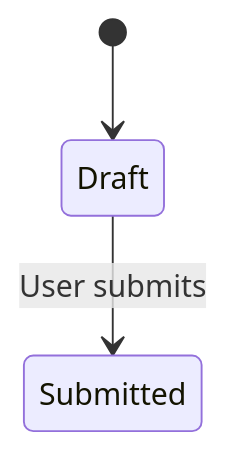
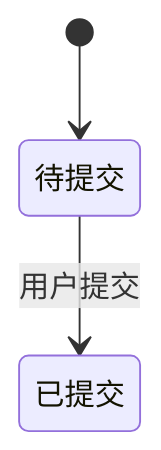
One commit to fantasydl/prd-writing-skill changed the second of 2 diagrams in trae/writing-and-reviewing-prds/references/prd-template.md. Above: the diagram before and after it, drawn with Mermaid. The commit also changed other lines of this file and 3 other files, not shown here.

````diff
--- a/trae/writing-and-reviewing-prds/references/prd-template.md
+++ b/trae/writing-and-reviewing-prds/references/prd-template.md
@@ -154,5 +100,5 @@
 ```mermaid
 stateDiagram-v2
-    [*] --> Draft
-    Draft --> Submitted: User submits
+    [*] --> 待提交
+    待提交 --> 已提交: 用户提交
 ```
````
